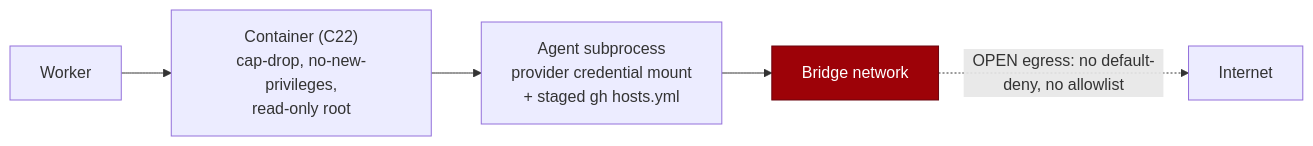
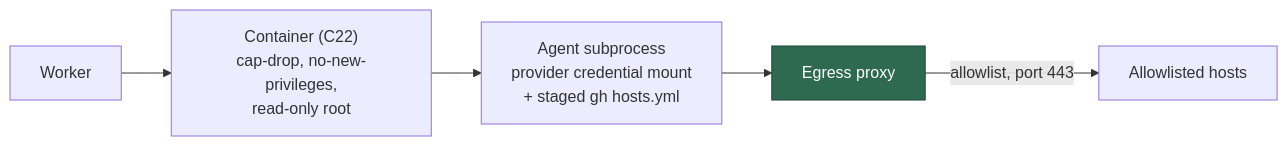
Before and after one commit to stSoftwareAU/VibeCoder: the diagram in docs/security/agent-containment-gap-analysis.md, drawn with Mermaid. The commit also changed other lines of this file and 41 other files, not shown here.

First line of the commit message:
Fix: Route Docker and Podman through the egress proxy (Issue #4047)

````diff
--- a/docs/security/agent-containment-gap-analysis.md
+++ b/docs/security/agent-containment-gap-analysis.md
@@ -33,8 +33,8 @@
 ```mermaid
 flowchart LR
     W["Worker"] --> C["Container (C22)<br/>cap-drop, no-new-privileges,<br/>read-only root"]
     C --> A["Agent subprocess<br/>provider credential mount<br/>+ staged gh hosts.yml"]
-    A --> N["Bridge network"]
-    N -. "OPEN egress: no default-deny, no allowlist" .-> I["Internet"]
-    style N fill:#9d0208,stroke:#6a040f,color:#fff
+    A --> P["Egress proxy"]
+    P -->|allowlist, port 443| I["Allowlisted hosts"]
+    style P fill:#2d6a4f,stroke:#1b4332,color:#fff
 ```
````
